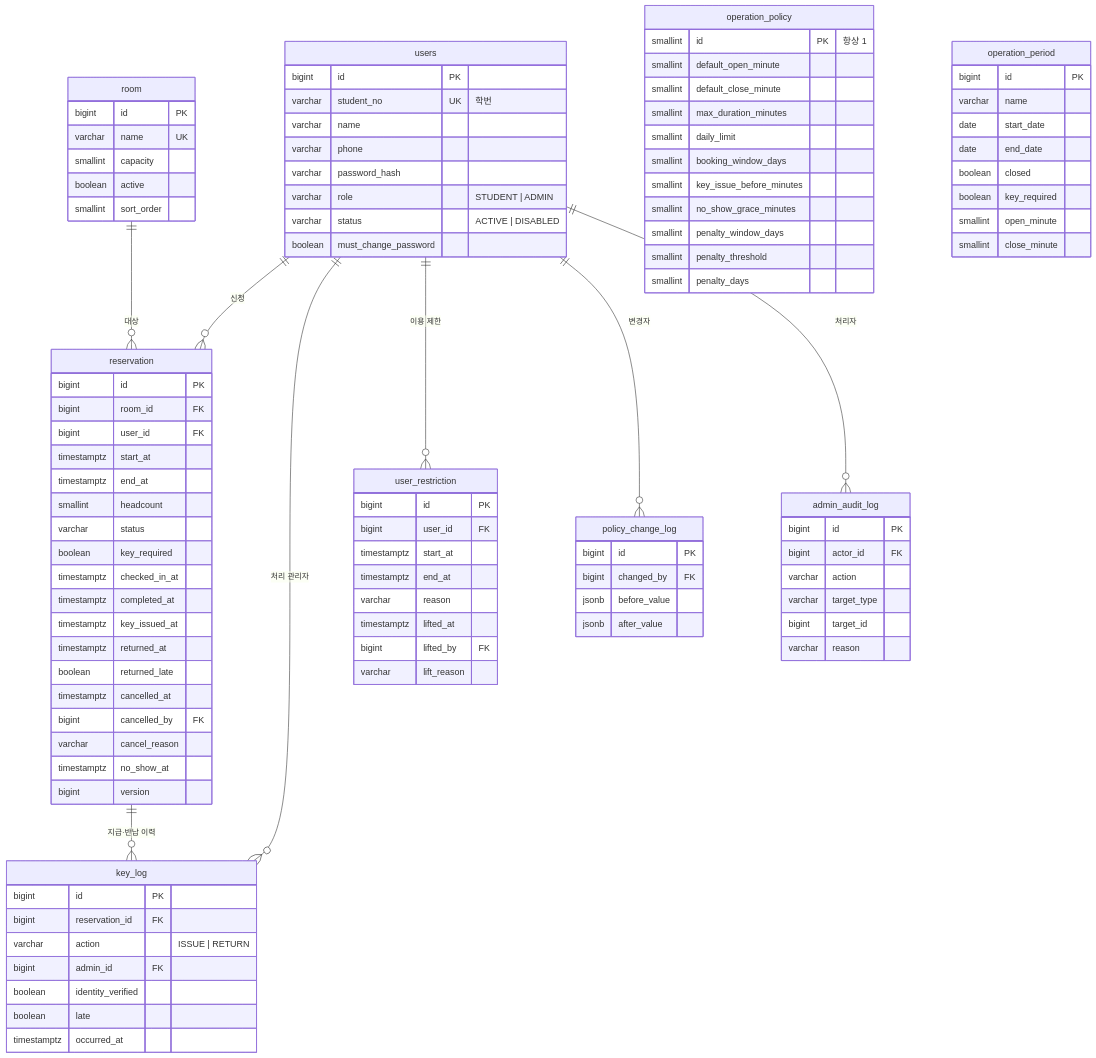
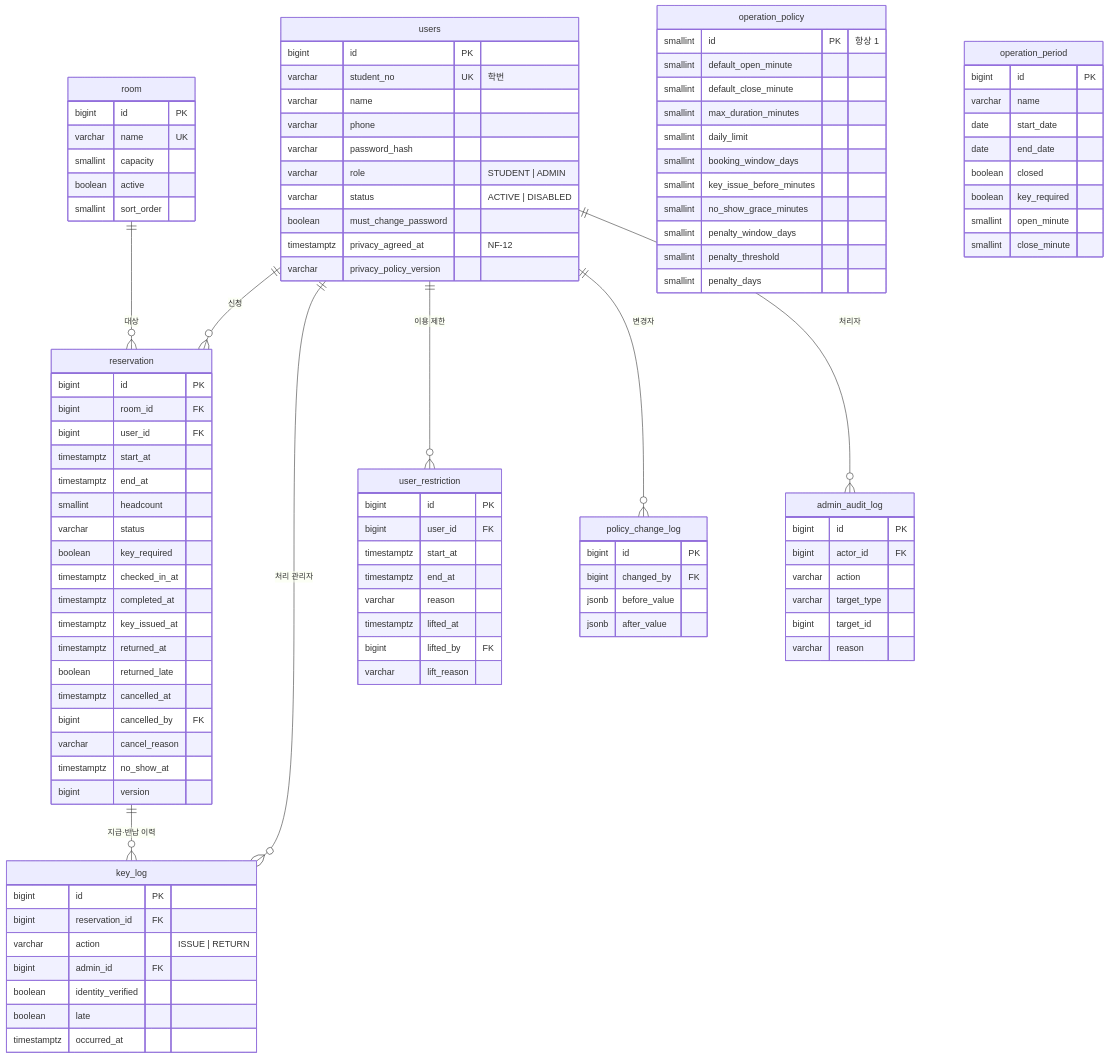
One commit to happyzerojun/M-SPACE changed the diagram in docs/ERD.md. Above: the diagram before and after it, drawn with Mermaid. The commit also changed other lines of this file and 9 other files, not shown here.

First line of the commit message:
docs: 배포 가이드·운영 매뉴얼 추가, 명세·요구사항·ERD·README·CHANGELOG 동기화 (TS-17)

```diff
--- a/docs/ERD.md
+++ b/docs/ERD.md
@@ -25,6 +25,8 @@
         varchar role "STUDENT | ADMIN"
         varchar status "ACTIVE | DISABLED"
         boolean must_change_password
+        timestamptz privacy_agreed_at "NF-12"
+        varchar privacy_policy_version
     }
     room {
         bigint id PK
```
